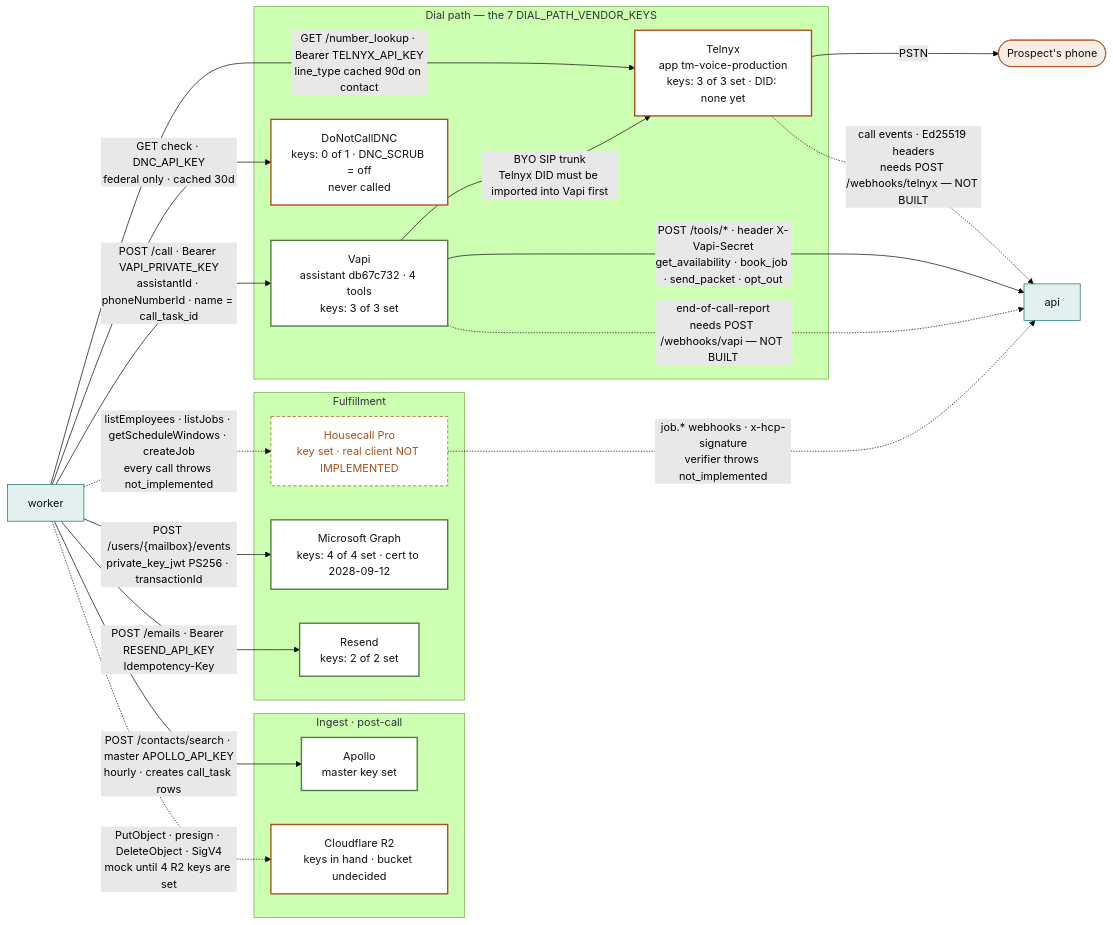
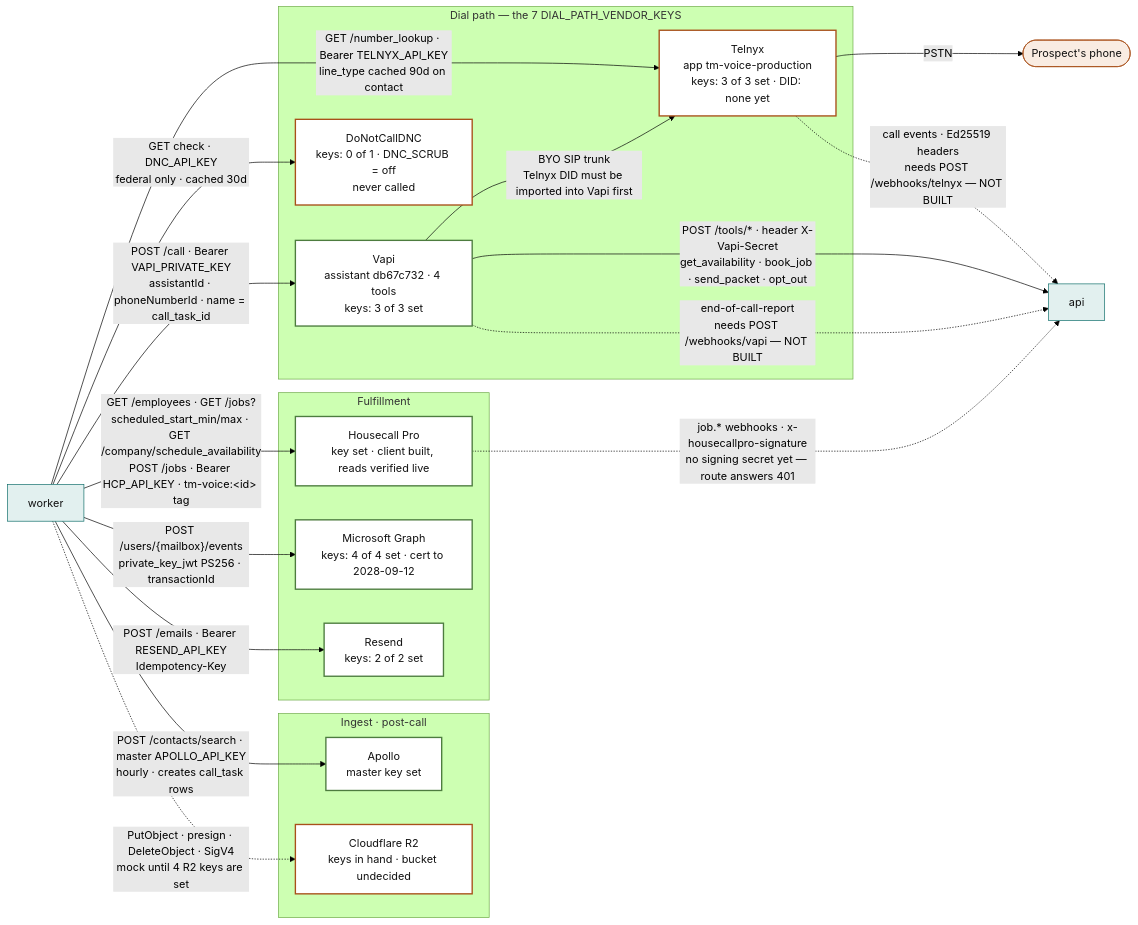
Before and after one commit to MAKaminski/tm-voice: the second of 7 diagrams in docs/ARCHITECTURE.md, drawn with Mermaid (forest theme). The commit also changed other lines of this file and 7 other files, not shown here.

First line of the commit message:
feat(hcp): real Housecall Pro client — reads verified against the live account

````diff
--- a/docs/ARCHITECTURE.md
+++ b/docs/ARCHITECTURE.md
@@ -73,45 +73,45 @@
 ```mermaid
 flowchart LR
   classDef svc fill:#e2f0ef,stroke:#0e6d6a,color:#111
   classDef real fill:#fff,stroke:#4d7c3f,stroke-width:2px,color:#111
   classDef partial fill:#fff,stroke:#a8501a,stroke-width:2px,color:#111
   classDef gap fill:#fff,stroke:#a8501a,stroke-dasharray:5 3,color:#a8501a
   classDef human fill:#f9ece2,stroke:#a8501a,color:#111
 
   worker["worker"]:::svc
   api["api"]:::svc
   prospect(["Prospect's phone"]):::human
 
   subgraph dialpath["Dial path — the 7 DIAL_PATH_VENDOR_KEYS"]
     vapi["Vapi<br/>assistant db67c732 · 4 tools<br/>keys: 3 of 3 set"]:::real
     telnyx["Telnyx<br/>app tm-voice-production<br/>keys: 3 of 3 set · DID: none yet"]:::partial
     dnc["DoNotCallDNC<br/>keys: 0 of 1 · DNC_SCRUB = off<br/>never called"]:::partial
   end
 
   subgraph fulfil["Fulfillment"]
-    hcp["Housecall Pro<br/>key set · real client NOT IMPLEMENTED"]:::gap
+    hcp["Housecall Pro<br/>key set · client built, reads verified live"]:::real
     msgraph["Microsoft Graph<br/>keys: 4 of 4 set · cert to 2028-09-12"]:::real
     resend["Resend<br/>keys: 2 of 2 set"]:::real
   end
 
   subgraph other["Ingest · post-call"]
     apollo["Apollo<br/>master key set"]:::real
     r2["Cloudflare R2<br/>keys in hand · bucket undecided"]:::partial
   end
 
   worker -->|"GET /number_lookup · Bearer TELNYX_API_KEY<br/>line_type cached 90d on contact"| telnyx
   worker -->|"GET check · DNC_API_KEY<br/>federal only · cached 30d"| dnc
   worker -->|"POST /call · Bearer VAPI_PRIVATE_KEY<br/>assistantId · phoneNumberId · name = call_task_id"| vapi
   vapi -->|"BYO SIP trunk<br/>Telnyx DID must be imported into Vapi first"| telnyx
   telnyx -->|"PSTN"| prospect
   vapi -->|"POST /tools/* · header X-Vapi-Secret<br/>get_availability · book_job · send_packet · opt_out"| api
   vapi -.->|"end-of-call-report<br/>needs POST /webhooks/vapi — NOT BUILT"| api
   telnyx -.->|"call events · Ed25519 headers<br/>needs POST /webhooks/telnyx — NOT BUILT"| api
 
-  worker -.->|"listEmployees · listJobs · getScheduleWindows · createJob<br/>every call throws not_implemented"| hcp
-  hcp -.->|"job.* webhooks · x-hcp-signature<br/>verifier throws not_implemented"| api
+  worker -->|"GET /employees · GET /jobs?scheduled_start_min/max · GET /company/schedule_availability<br/>POST /jobs · Bearer HCP_API_KEY · tm-voice:&lt;id&gt; tag"| hcp
+  hcp -.->|"job.* webhooks · x-housecallpro-signature<br/>no signing secret yet — route answers 401"| api
   worker -->|"POST /users/{mailbox}/events<br/>private_key_jwt PS256 · transactionId"| msgraph
   worker -->|"POST /emails · Bearer RESEND_API_KEY<br/>Idempotency-Key"| resend
   worker -->|"POST /contacts/search · master APOLLO_API_KEY<br/>hourly · creates call_task rows"| apollo
   worker -.->|"PutObject · presign · DeleteObject · SigV4<br/>mock until 4 R2 keys are set"| r2
 ```
````
